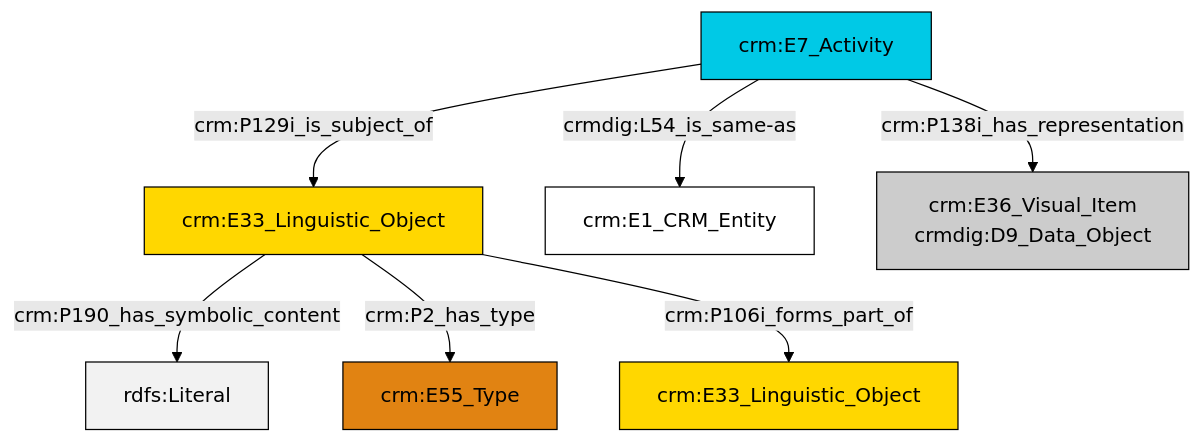
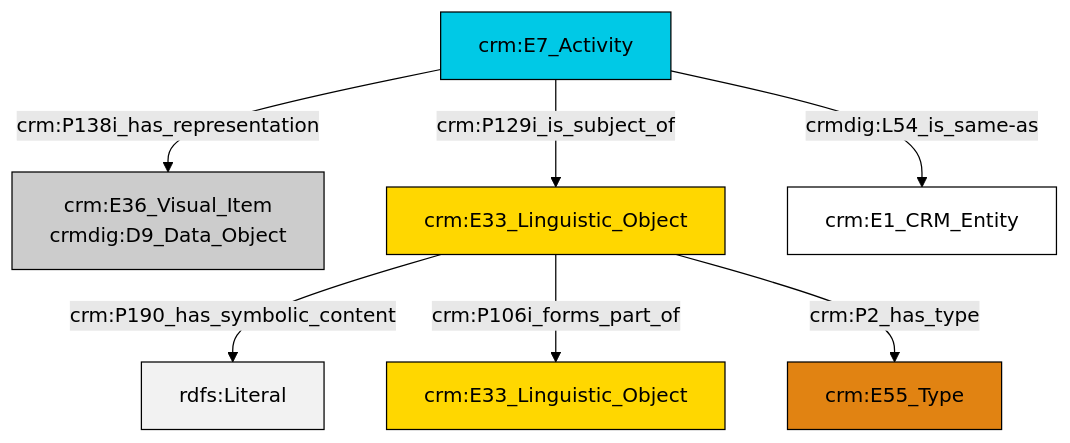
One commit to swiss-art-research-net/docs.swissartresearch changed the diagram in et/eventCSV/ttl/mmd/event_documentation.ttl.mmd. Above: the diagram before and after it, drawn with Mermaid (forest theme). The commit also changed 179 other files, not shown here.

```diff
--- a/et/eventCSV/ttl/mmd/event_documentation.ttl.mmd
+++ b/et/eventCSV/ttl/mmd/event_documentation.ttl.mmd
@@ -1,21 +1,21 @@
 graph TD
 classDef Literal fill:#f2f2f2,stroke:#000000;
 classDef CRM_Entity fill:#FFFFFF,stroke:#000000;
 classDef Temporal_Entity fill:#00C9E6, stroke:#000000;
 classDef Type fill:#E18312, stroke:#000000;
 classDef Time-Span fill:#2C9C91, stroke:#000000;
 classDef Appellation fill:#FFEB7F, stroke:#000000;
 classDef Place fill:#008836, stroke:#000000;
 classDef Persistent_Item fill:#B266B2, stroke:#000000;
 classDef Conceptual_Object fill:#FFD700, stroke:#000000;
 classDef Physical_Thing fill:#D2B48C, stroke:#000000;
 classDef Actor fill:#f58aad, stroke:#000000;
 classDef PC_Classes fill:#4ce600, stroke:#000000;
 classDef Multi fill:#cccccc,stroke:#000000;
 
-2["crm:E33_Linguistic_Object"]:::Conceptual_Object -->|crm:P190_has_symbolic_content| 4[rdfs:Literal]:::Literal
-2["crm:E33_Linguistic_Object"]:::Conceptual_Object -->|crm:P2_has_type| 0["crm:E55_Type"]:::Type
-10["crm:E7_Activity"]:::Temporal_Entity -->|crmdig:L54_is_same-as| 6["crm:E1_CRM_Entity"]:::CRM_Entity
-10["crm:E7_Activity"]:::Temporal_Entity -->|crm:P129i_is_subject_of| 2["crm:E33_Linguistic_Object"]:::Conceptual_Object
-10["crm:E7_Activity"]:::Temporal_Entity -->|crm:P138i_has_representation| 8["crm:E36_Visual_Item<br>crmdig:D9_Data_Object"]:::Multi
-2["crm:E33_Linguistic_Object"]:::Conceptual_Object -->|crm:P106i_forms_part_of| 12["crm:E33_Linguistic_Object"]:::Conceptual_Object
+2["crm:E7_Activity"]:::Temporal_Entity -->|crm:P138i_has_representation| 3["crm:E36_Visual_Item<br>crmdig:D9_Data_Object"]:::Multi
+4["crm:E33_Linguistic_Object"]:::Conceptual_Object -->|crm:P190_has_symbolic_content| 5[rdfs:Literal]:::Literal
+2["crm:E7_Activity"]:::Temporal_Entity -->|crmdig:L54_is_same-as| 7["crm:E1_CRM_Entity"]:::CRM_Entity
+2["crm:E7_Activity"]:::Temporal_Entity -->|crm:P129i_is_subject_of| 4["crm:E33_Linguistic_Object"]:::Conceptual_Object
+4["crm:E33_Linguistic_Object"]:::Conceptual_Object -->|crm:P106i_forms_part_of| 10["crm:E33_Linguistic_Object"]:::Conceptual_Object
+4["crm:E33_Linguistic_Object"]:::Conceptual_Object -->|crm:P2_has_type| 0["crm:E55_Type"]:::Type
```
